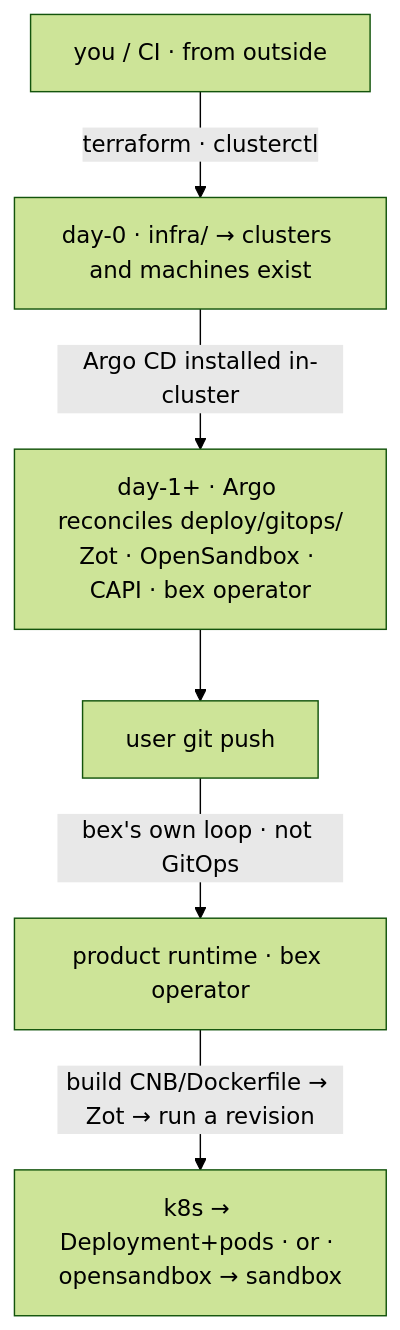
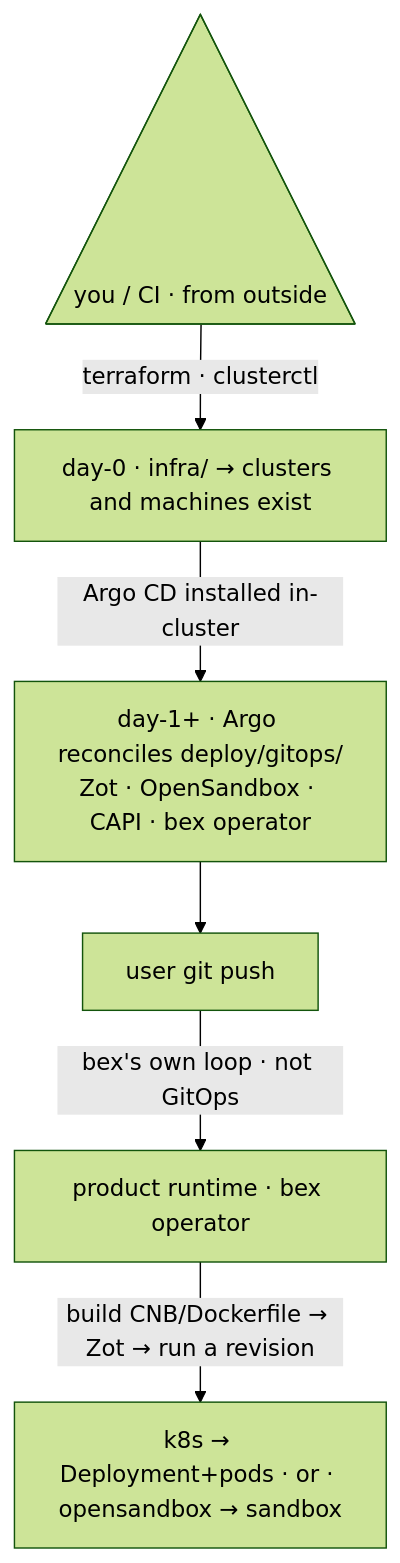
One commit to cuckoo-network/cuckoo changed the second of 2 diagrams in docs/architecture.md. Above: the diagram before and after it, drawn with Mermaid (forest theme). The commit also changed other lines of this file and 3 other files, not shown here.

First line of the commit message:
docs(mermaid): draw humans as shape:tri triangles in architecture diagrams

````diff
--- a/docs/architecture.md
+++ b/docs/architecture.md
@@ -92,8 +92,9 @@
 ```mermaid
 flowchart TB
-  ci["you / CI · from outside"] -->|"terraform · clusterctl"| infra["day-0 · infra/ → clusters and machines exist"]
+  ci@{ shape: tri, label: "you / CI · from outside" }
+  ci -->|"terraform · clusterctl"| infra["day-0 · infra/ → clusters and machines exist"]
   infra -->|"Argo CD installed in-cluster"| gitops["day-1+ · Argo reconciles deploy/gitops/<br/>Zot · OpenSandbox · CAPI · bex operator"]
   gitops --> push["user git push"]
   push -->|"bex's own loop · not GitOps"| op["product runtime · bex operator"]
   op -->|"build CNB/Dockerfile → Zot → run a revision"| rev["k8s → Deployment+pods · or · opensandbox → sandbox"]
 ```
````
